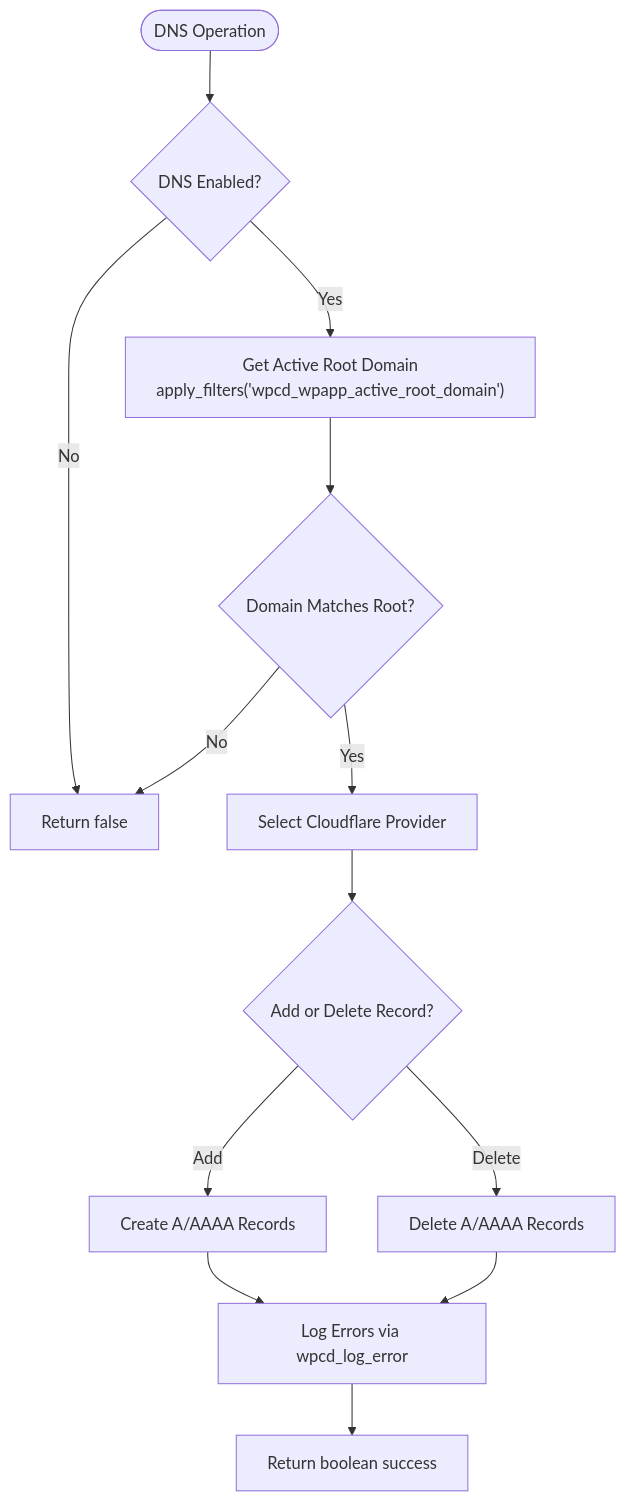
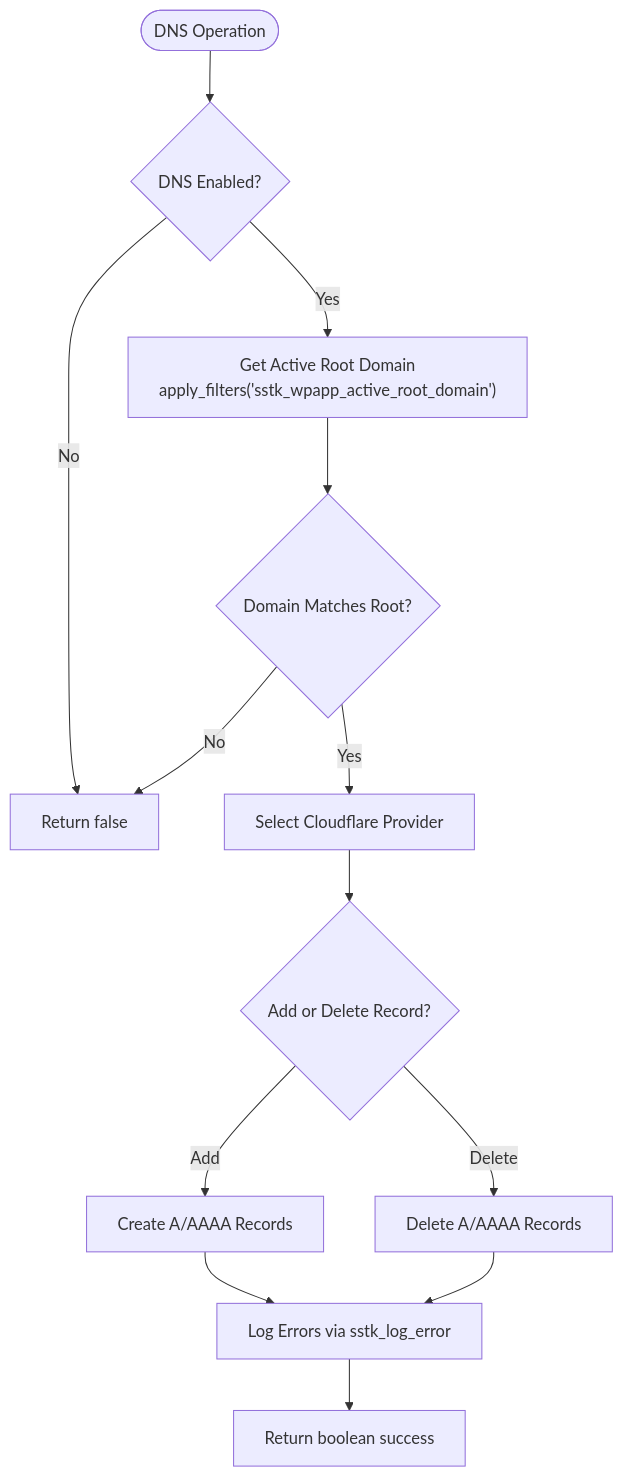
The fifth of 8 diagrams in .qoder/repowiki/en/content/System Architecture/Integration Patterns.md (onedogsolutions/simple-stack), drawn with Mermaid before and after one commit. The commit also changed other lines of this file and 5941 other files, not shown here.

````diff
--- a/.qoder/repowiki/en/content/System Architecture/Integration Patterns.md
+++ b/.qoder/repowiki/en/content/System Architecture/Integration Patterns.md
@@ -303,15 +303,15 @@
 ```mermaid
 flowchart TD
 Start(["DNS Operation"]) --> CheckEnabled{"DNS Enabled?"}
 CheckEnabled --> |No| ReturnFalse["Return false"]
-CheckEnabled --> |Yes| GetRootDomain["Get Active Root Domain<br/>apply_filters('wpcd_wpapp_active_root_domain')"]
+CheckEnabled --> |Yes| GetRootDomain["Get Active Root Domain<br/>apply_filters('sstk_wpapp_active_root_domain')"]
 GetRootDomain --> MatchDomain{"Domain Matches Root?"}
 MatchDomain --> |No| ReturnFalse
 MatchDomain --> |Yes| SelectProvider["Select Cloudflare Provider"]
 SelectProvider --> AddOrDelete{"Add or Delete Record?"}
 AddOrDelete --> |Add| AddRecord["Create A/AAAA Records"]
 AddOrDelete --> |Delete| DeleteRecord["Delete A/AAAA Records"]
-AddRecord --> LogErrors["Log Errors via wpcd_log_error"]
+AddRecord --> LogErrors["Log Errors via sstk_log_error"]
 DeleteRecord --> LogErrors
 LogErrors --> ReturnStatus["Return boolean success"]
 ```
````
